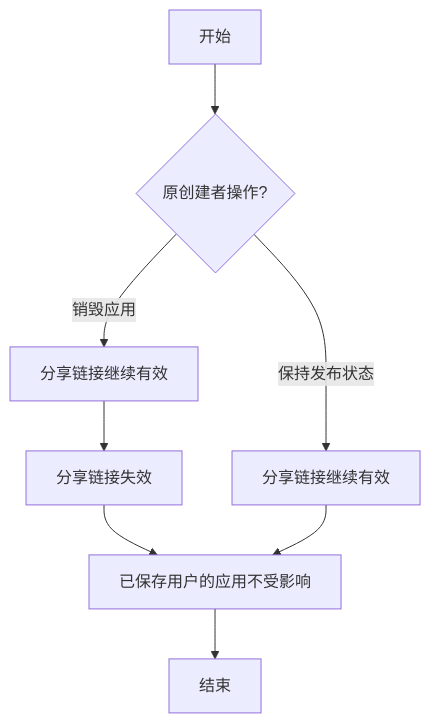
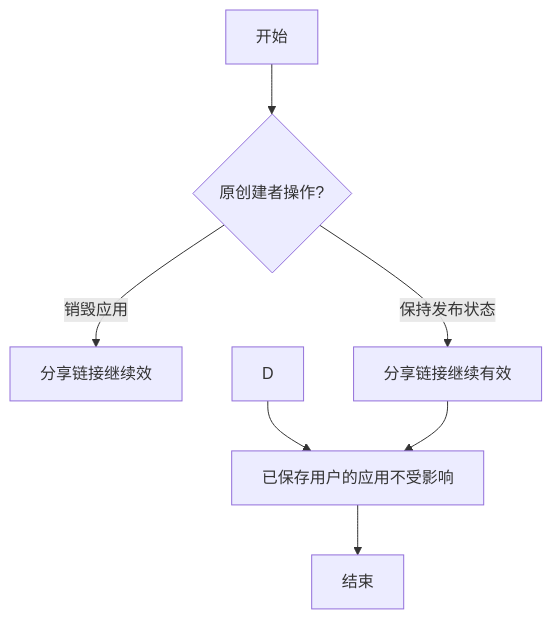
Before and after one commit to yingjianzh/iodraw-files: the diagram in all/未命名-64.md, drawn with Mermaid.

Commit message:
2025-05-21 18:32:29 update

````diff
--- a/all/未命名-64.md
+++ b/all/未命名-64.md
@@ -1,10 +1,10 @@
 ```mermaid
 flowchart TD
     A[开始] --> B{原创建者操作?}
-    B -->|销毁应用| C[分享链接继续有效]
-    C --> D[分享链接失效]
+    B -->|销毁应用| C[分享链接继续效]
+   
     B -->|保持发布状态| E[分享链接继续有效]
     D --> F[已保存用户的应用不受影响]
     E --> F
     F --> G[结束]
 ```
````
